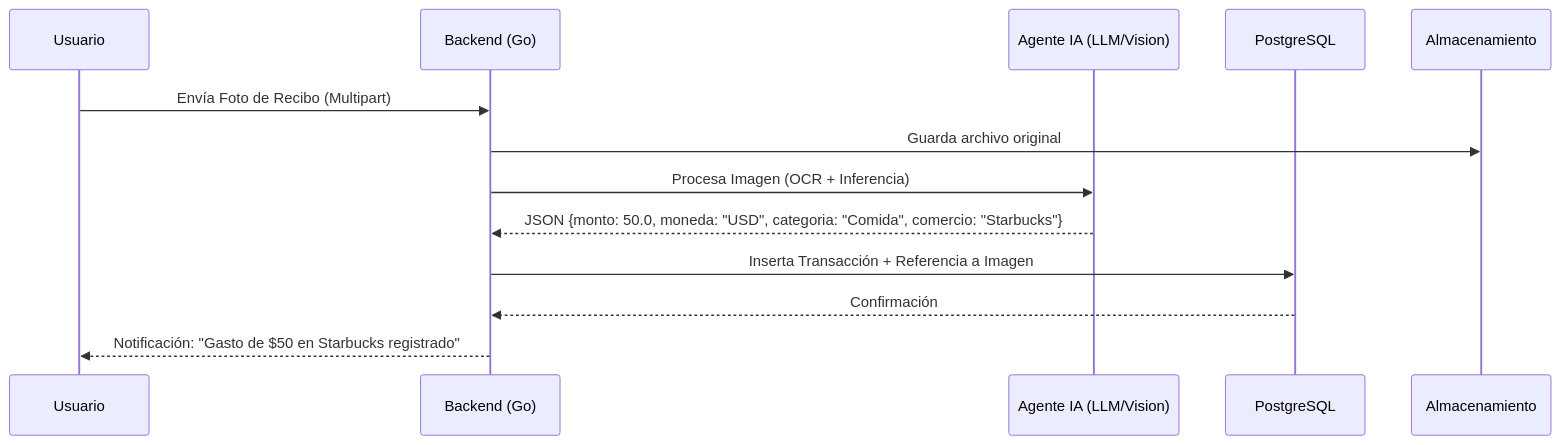
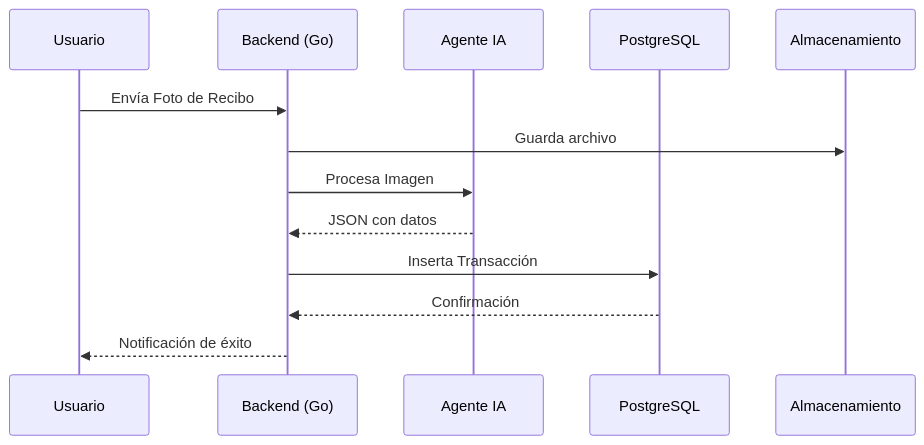
One commit to ai-agent-ship-it/life-manager changed the second of 3 diagrams in USE_CASES.md. Above: the diagram before and after it, drawn with Mermaid. The commit also changed other lines of this file, not shown here.

Commit message:
fix: simplify mermaid diagrams for better compatibility

````diff
--- a/USE_CASES.md
+++ b/USE_CASES.md
@@ -54,16 +54,16 @@
 ```mermaid
 sequenceDiagram
     participant U as Usuario
     participant B as Backend (Go)
-    participant AI as Agente IA (LLM/Vision)
+    participant AI as Agente IA
     participant DB as PostgreSQL
     participant S3 as Almacenamiento
 
-    U->>B: Envía Foto de Recibo (Multipart)
-    B->>S3: Guarda archivo original
-    B->>AI: Procesa Imagen (OCR + Inferencia)
-    AI-->>B: JSON {monto: 50.0, moneda: "USD", categoria: "Comida", comercio: "Starbucks"}
-    B->>DB: Inserta Transacción + Referencia a Imagen
+    U->>B: Envía Foto de Recibo
+    B->>S3: Guarda archivo
+    B->>AI: Procesa Imagen
+    AI-->>B: JSON con datos
+    B->>DB: Inserta Transacción
     DB-->>B: Confirmación
-    B-->>U: Notificación: "Gasto de $50 en Starbucks registrado"
+    B-->>U: Notificación de éxito
 ```
````
